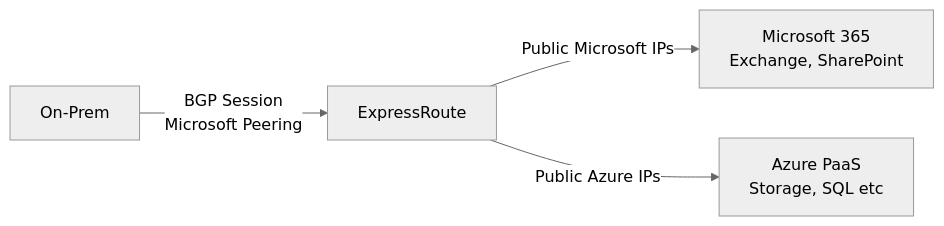
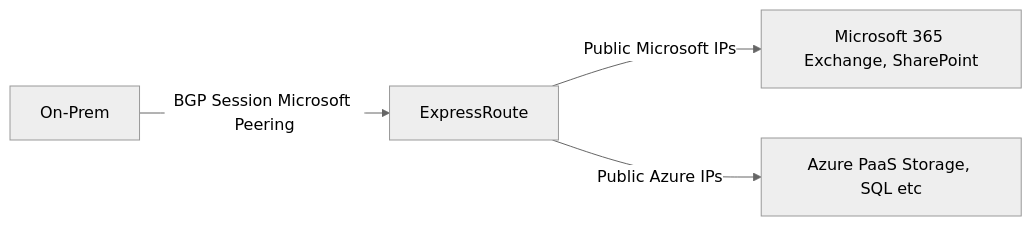
The seventh of 13 diagrams in Microsoft 365/Azure/Netzwerk/Azure ExpressRoute.md (SoniiiT/notes-n-docs), drawn with Mermaid (neutral theme) before and after one commit. The commit also changed other lines of this file and 124 other files, not shown here.

First line of the commit message:
fix: Entferne \n aus allen Mermaid-Diagrammen (125 Dateien)

````diff
--- a/Microsoft 365/Azure/Netzwerk/Azure ExpressRoute.md
+++ b/Microsoft 365/Azure/Netzwerk/Azure ExpressRoute.md
@@ -133,6 +133,6 @@
 ```mermaid
 graph LR
-    ONPREM[On-Prem] -->|BGP Session\nMicrosoft Peering| ER[ExpressRoute]
-    ER -->|Public Microsoft IPs| M365[Microsoft 365\nExchange, SharePoint]
-    ER -->|Public Azure IPs| AZUREPUBLIC[Azure PaaS\nStorage, SQL etc]
+    ONPREM[On-Prem] -->|BGP Session Microsoft Peering| ER[ExpressRoute]
+    ER -->|Public Microsoft IPs| M365[Microsoft 365 Exchange, SharePoint]
+    ER -->|Public Azure IPs| AZUREPUBLIC[Azure PaaS Storage, SQL etc]
 ```
````
